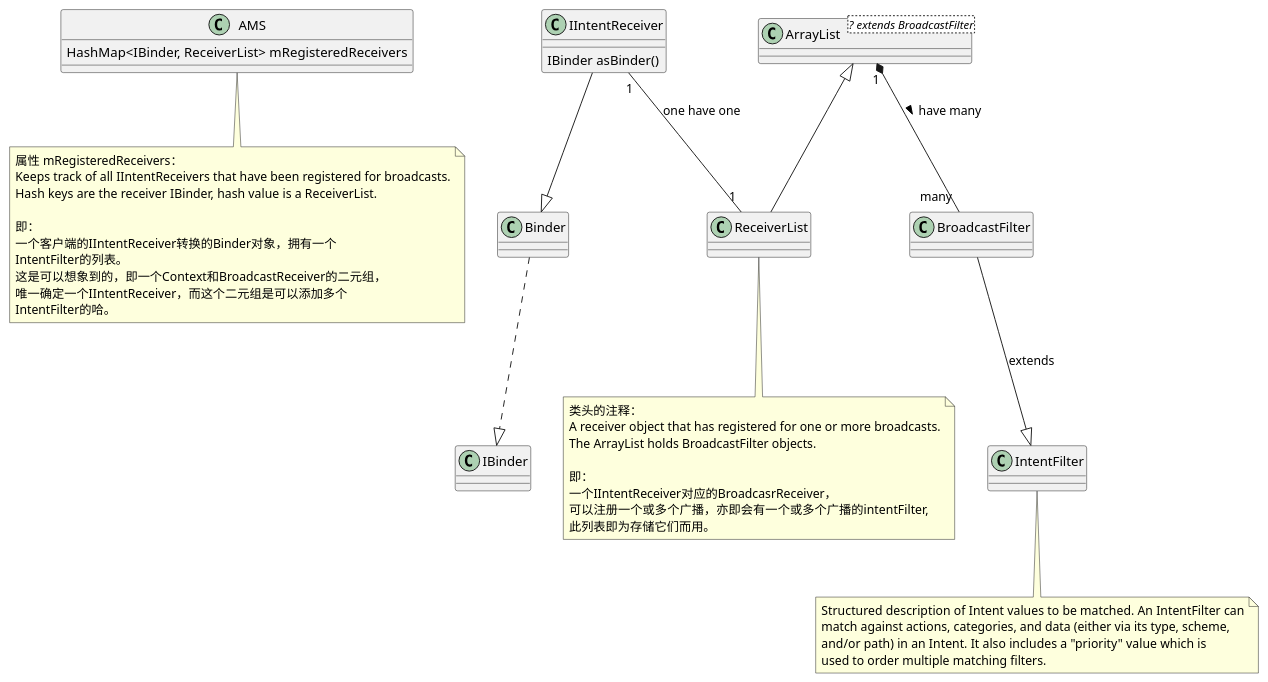
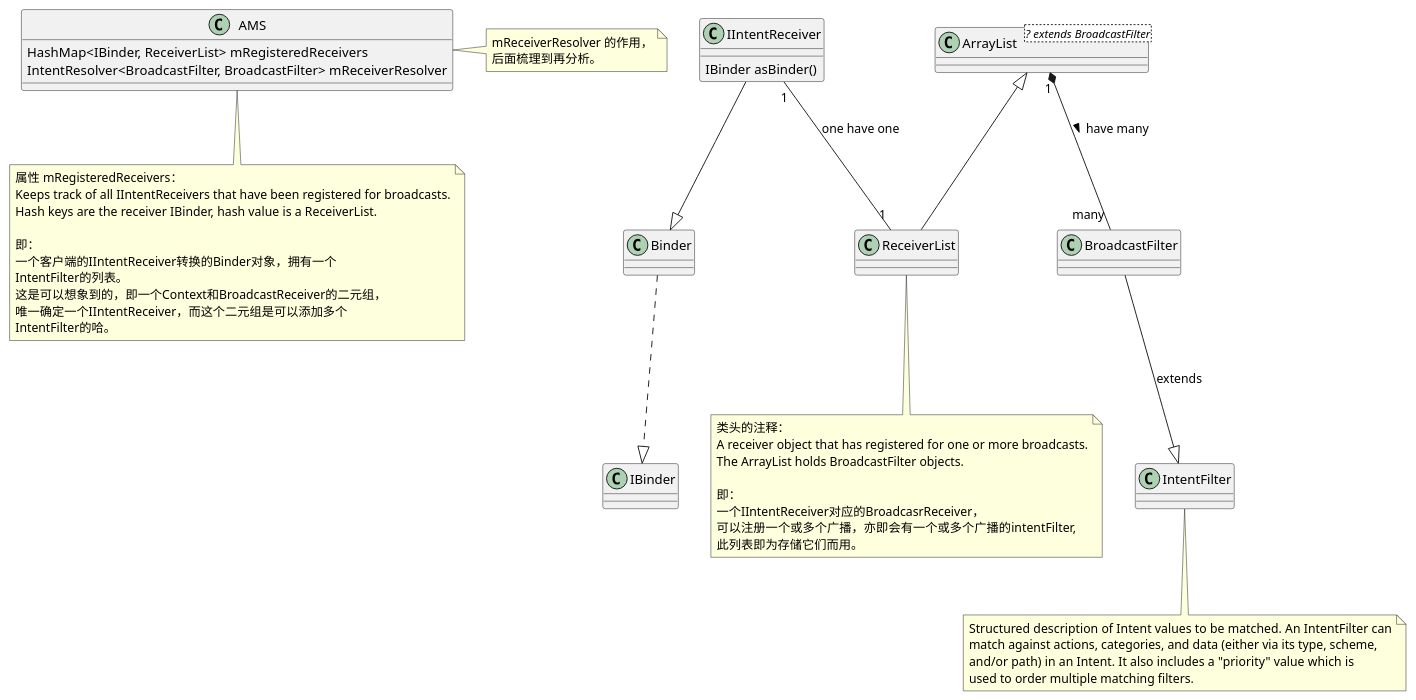
One commit to KentTJ/ImoocRxJavaStudy changed the diagram in Android_framework_sequences/广播_动态广播_03_注册_AMS端_register方法的形象显示.puml. Above: the diagram before and after it, drawn with PlantUML.

Commit message:
广播的注册。

```diff
--- a/Android_framework_sequences/广播_动态广播_03_注册_AMS端_register方法的形象显示.puml
+++ b/Android_framework_sequences/广播_动态广播_03_注册_AMS端_register方法的形象显示.puml
@@ -1,76 +1,81 @@
 @startuml
 
 class AMS{
 {field} HashMap<IBinder, ReceiverList> mRegisteredReceivers
+{field} IntentResolver<BroadcastFilter, BroadcastFilter> mReceiverResolver
 }
+note right of AMS
+mReceiverResolver 的作用，
+后面梳理到再分析。
+end note
 
 note bottom of AMS
 属性 mRegisteredReceivers：
 Keeps track of all IIntentReceivers that have been registered for broadcasts.
 Hash keys are the receiver IBinder, hash value is a ReceiverList.
 
 即：
 一个客户端的IIntentReceiver转换的Binder对象，拥有一个
 IntentFilter的列表。
 这是可以想象到的，即一个Context和BroadcastReceiver的二元组，
 唯一确定一个IIntentReceiver，而这个二元组是可以添加多个
 IntentFilter的哈。
 end note
 
 IIntentReceiver "1" -- "1" ReceiverList : one have one
 note bottom of ReceiverList
 类头的注释：
 A receiver object that has registered for one or more broadcasts.
 The ArrayList holds BroadcastFilter objects.
 
 即：
 一个IIntentReceiver对应的BroadcasrReceiver，
 可以注册一个或多个广播，亦即会有一个或多个广播的intentFilter,
 此列表即为存储它们而用。
 end note
 
 class IIntentReceiver{
    IBinder asBinder()
 }
 IIntentReceiver --|> Binder
 Binder ..|> IBinder
 
 ArrayList <|-- ReceiverList
 
 class ArrayList<? extends BroadcastFilter>{
 }
 
 ArrayList "1" *-- "many" BroadcastFilter : have many >
 
 BroadcastFilter --|> IntentFilter : extends
 
 note bottom of IntentFilter
 Structured description of Intent values to be matched.  An IntentFilter can
 match against actions, categories, and data (either via its type, scheme,
 and/or path) in an Intent.  It also includes a "priority" value which is
 used to order multiple matching filters.
 end note
 
 
 
 '添加进去的主要代码：
  '1.ReceiverList rl = mRegisteredReceivers.get(receiver.asBinder());
  'ReceiverList类的定义如下,
  '"final class ReceiverList extends ArrayList<BroadcastFilter>"
  '里面的数据类型BroadcastFilter，定义如下，
  '"final class BroadcastFilter extends IntentFilter",
  '即BroadcastFilter 就是 IntentFilter。
  '
  'mRegisteredReceivers
  'key为 IIntentReceiver对应的Binder，
  'value为 对应的ReceiverList。
  '
  '2.rl.app.receivers.add(rl);
  '
  '3.mRegisteredReceivers.put(receiver.asBinder(), rl);
  '
  '4.BroadcastFilter bf = new BroadcastFilter(filter, rl, callerPackage,
  '                      permission, callingUid, userId, instantApp, visibleToInstantApps);
  '5.mReceiverResolver.addFilter(bf);'
 
 @enduml
```
